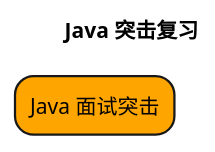
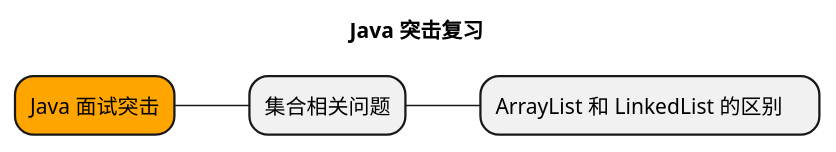
Before and after one commit to an-1024/WorkUtil: the diagram in utilsdemo/src/main/java/com/anzhi/utilsdemo/files/JavaKnowledge_Rev/Java思维导图.puml, drawn with PlantUML. The commit also changed 3 other files, not shown here.

```diff
--- a/utilsdemo/src/main/java/com/anzhi/utilsdemo/files/JavaKnowledge_Rev/Java思维导图.puml
+++ b/utilsdemo/src/main/java/com/anzhi/utilsdemo/files/JavaKnowledge_Rev/Java思维导图.puml
@@ -1,4 +1,6 @@
 @startmindmap
 title: Java 突击复习
 *[#Orange] Java 面试突击
+    * 集合相关问题
+        * ArrayList 和 LinkedList 的区别    
 @endmindmap
```
